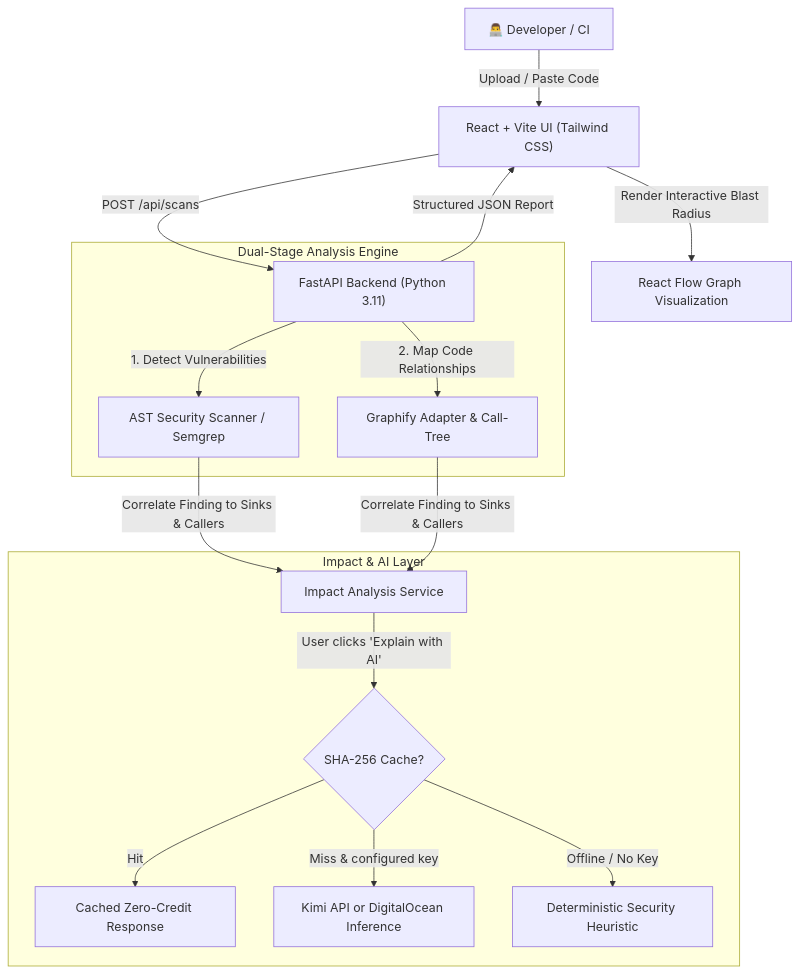
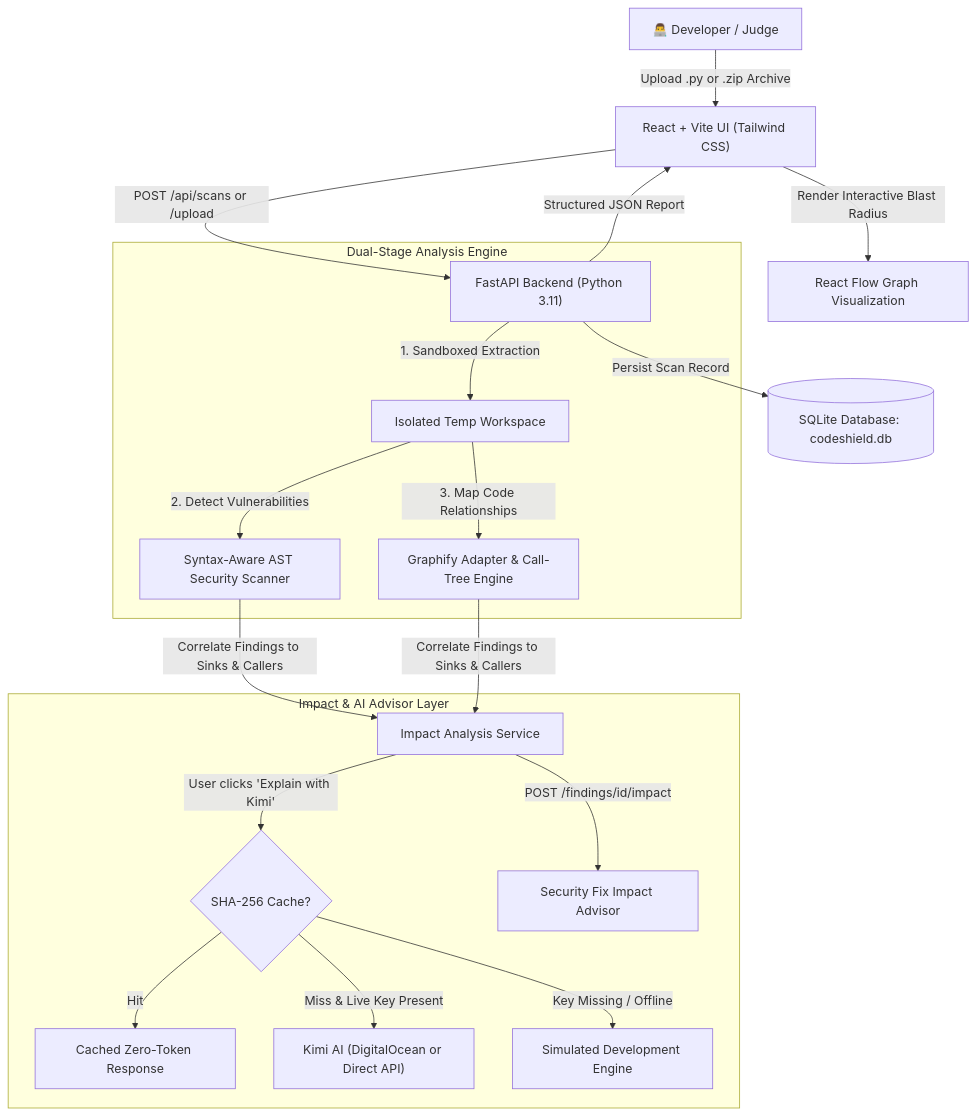
One commit to ShrushtiKakade/CodeShieldAi changed the diagram in README.md. Above: the diagram before and after it, drawn with Mermaid. The commit also changed other lines of this file and 28 other files, not shown here.

Commit message:
feat: complete master implementation with SQLite persistence, zip upload, Security Fix Impact Advisor, and Kimi AI integration

````diff
--- a/README.md
+++ b/README.md
@@ -19,21 +21,24 @@
 ```mermaid
 flowchart TD
-    User["👨‍💻 Developer / CI"] -->|Upload / Paste Code| Frontend["React + Vite UI (Tailwind CSS)"]
-    Frontend -->|POST /api/scans| FastAPI["FastAPI Backend (Python 3.11)"]
+    User["👨‍💻 Developer / Judge"] -->|Upload .py or .zip Archive| Frontend["React + Vite UI (Tailwind CSS)"]
+    Frontend -->|POST /api/scans or /upload| FastAPI["FastAPI Backend (Python 3.11)"]
     
     subgraph AnalysisEngine["Dual-Stage Analysis Engine"]
-        FastAPI -->|1. Detect Vulnerabilities| Scanner["AST Security Scanner / Semgrep"]
-        FastAPI -->|2. Map Code Relationships| Graphify["Graphify Adapter & Call-Tree"]
+        FastAPI -->|1. Sandboxed Extraction| Sandbox["Isolated Temp Workspace"]
+        Sandbox -->|2. Detect Vulnerabilities| Scanner["Syntax-Aware AST Security Scanner"]
+        Sandbox -->|3. Map Code Relationships| Graphify["Graphify Adapter & Call-Tree Engine"]
     end
     
-    subgraph ImpactLayer["Impact & AI Layer"]
-        Scanner & Graphify -->|Correlate Finding to Sinks & Callers| Impact["Impact Analysis Service"]
-        Impact -->|User clicks 'Explain with AI'| Cache{"SHA-256 Cache?"}
-        Cache -->|Hit| CachedFix["Cached Zero-Credit Response"]
-        Cache -->|Miss & configured key| AIInference["Kimi API or DigitalOcean Inference"]
-        Cache -->|Offline / No Key| Fallback["Deterministic Security Heuristic"]
+    subgraph ImpactLayer["Impact & AI Advisor Layer"]
+        Scanner & Graphify -->|Correlate Findings to Sinks & Callers| Impact["Impact Analysis Service"]
+        Impact -->|User clicks 'Explain with Kimi'| Cache{"SHA-256 Cache?"}
+        Cache -->|Hit| CachedFix["Cached Zero-Token Response"]
+        Cache -->|Miss & Live Key Present| KimiAI["Kimi AI (DigitalOcean or Direct API)"]
+        Cache -->|Key Missing / Offline| Fallback["Simulated Development Engine"]
+        Impact -->|POST /findings/id/impact| Advisor["Security Fix Impact Advisor"]
     end
     
+    FastAPI -->|Persist Scan Record| SQLite[("SQLite Database: codeshield.db")]
     FastAPI -->|Structured JSON Report| Frontend
     Frontend -->|Render Interactive Blast Radius| ReactFlow["React Flow Graph Visualization"]
 ```
````
